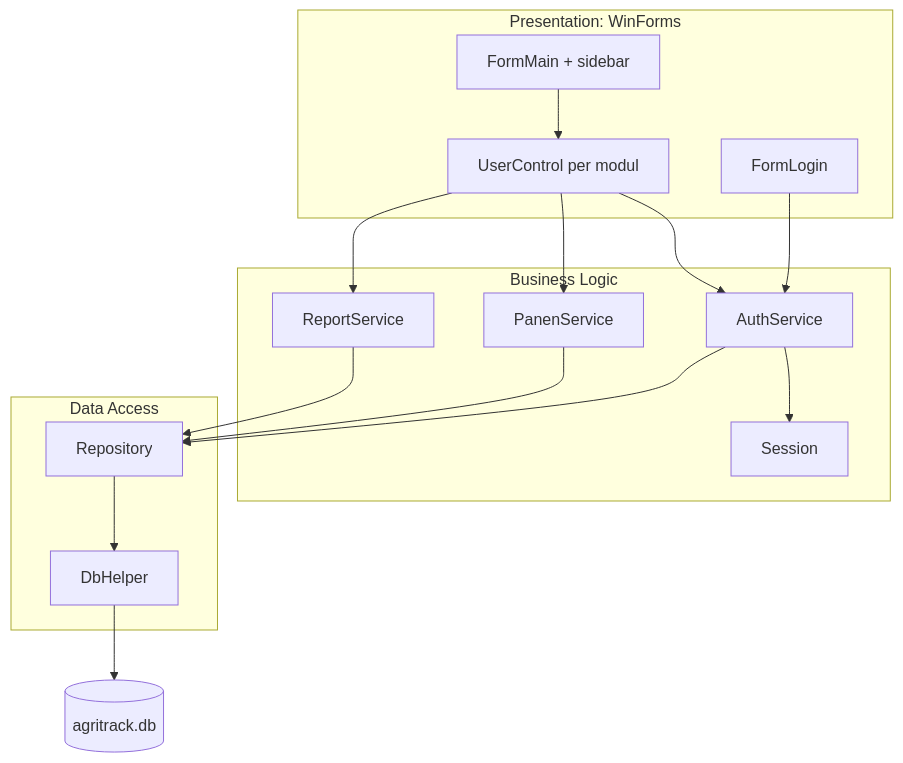
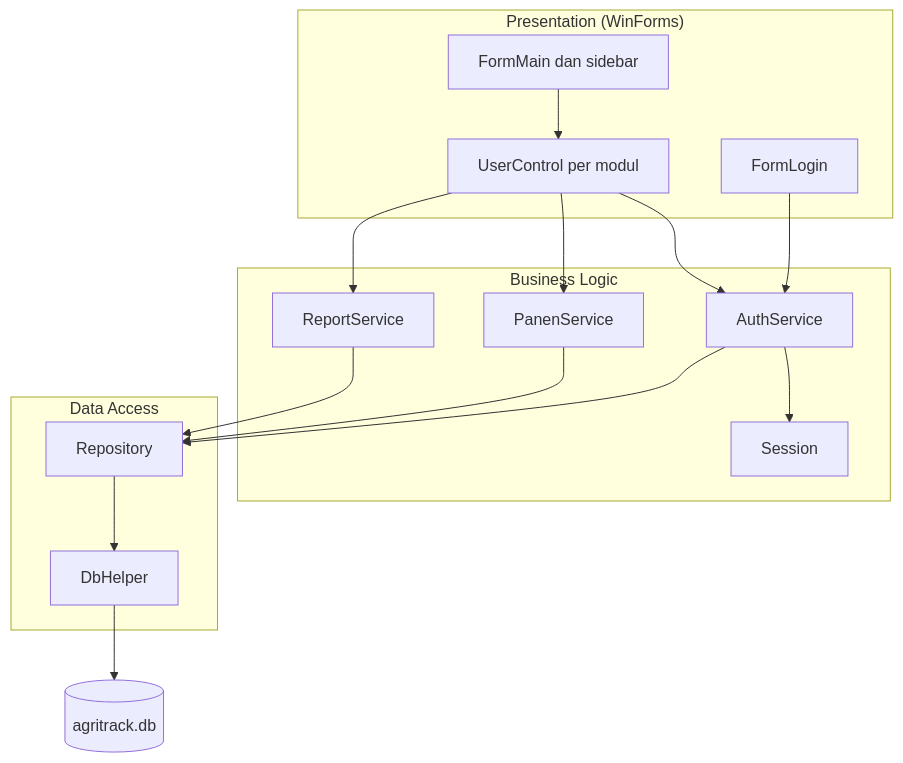
One commit to Abidsyakur/AgriTrack changed the first of 2 diagrams in README.md. Above: the diagram before and after it, drawn with Mermaid. The commit also changed other lines of this file, not shown here.

````diff
--- a/README.md
+++ b/README.md
@@ -63,25 +63,30 @@
 ```mermaid
 flowchart TB
-  subgraph PL["Presentation: WinForms"]
-    LF[FormLogin]
-    MF[FormMain + sidebar]
-    UC[UserControl per modul]
+  subgraph PL["Presentation (WinForms)"]
+    FLOGIN["FormLogin"]
+    FMAIN["FormMain dan sidebar"]
+    UCTRL["UserControl per modul"]
   end
   subgraph BL["Business Logic"]
-    SS[Session]
-    AS[AuthService]
-    PS[PanenService]
-    RS[ReportService]
+    SESI["Session"]
+    AUTH["AuthService"]
+    PANEN["PanenService"]
+    LAPOR["ReportService"]
   end
   subgraph DL["Data Access"]
-    RP[Repository]
-    DB[DbHelper]
+    REPO["Repository"]
+    DBH["DbHelper"]
   end
-  SQ[(agritrack.db)]
-  LF --> AS
-  MF --> UC
-  UC --> AS & PS & RS
-  AS --> SS
-  AS & PS & RS --> RP
-  RP --> DB --> SQ
+  SQLITE[("agritrack.db")]
+  FLOGIN --> AUTH
+  FMAIN --> UCTRL
+  UCTRL --> AUTH
+  UCTRL --> PANEN
+  UCTRL --> LAPOR
+  AUTH --> SESI
+  AUTH --> REPO
+  PANEN --> REPO
+  LAPOR --> REPO
+  REPO --> DBH
+  DBH --> SQLITE
 ```
````
